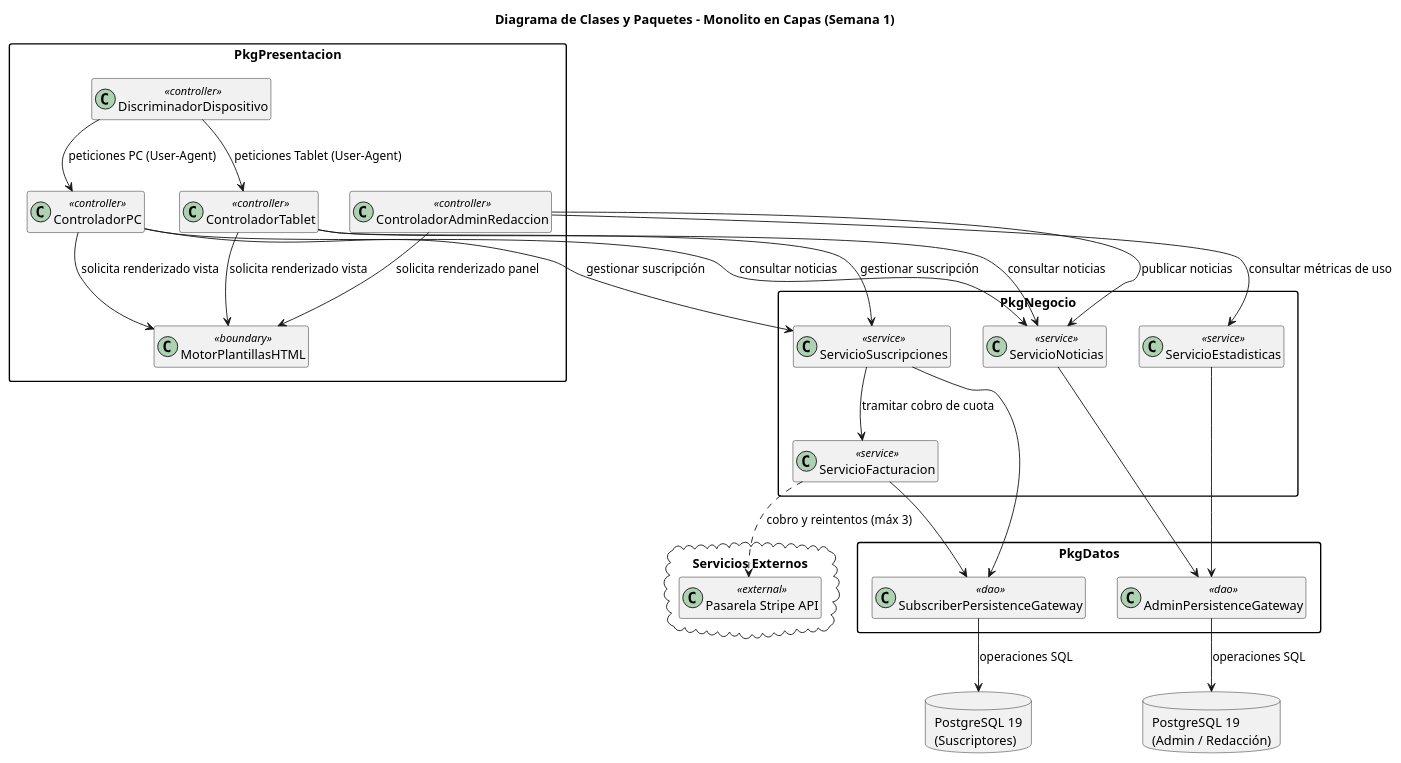
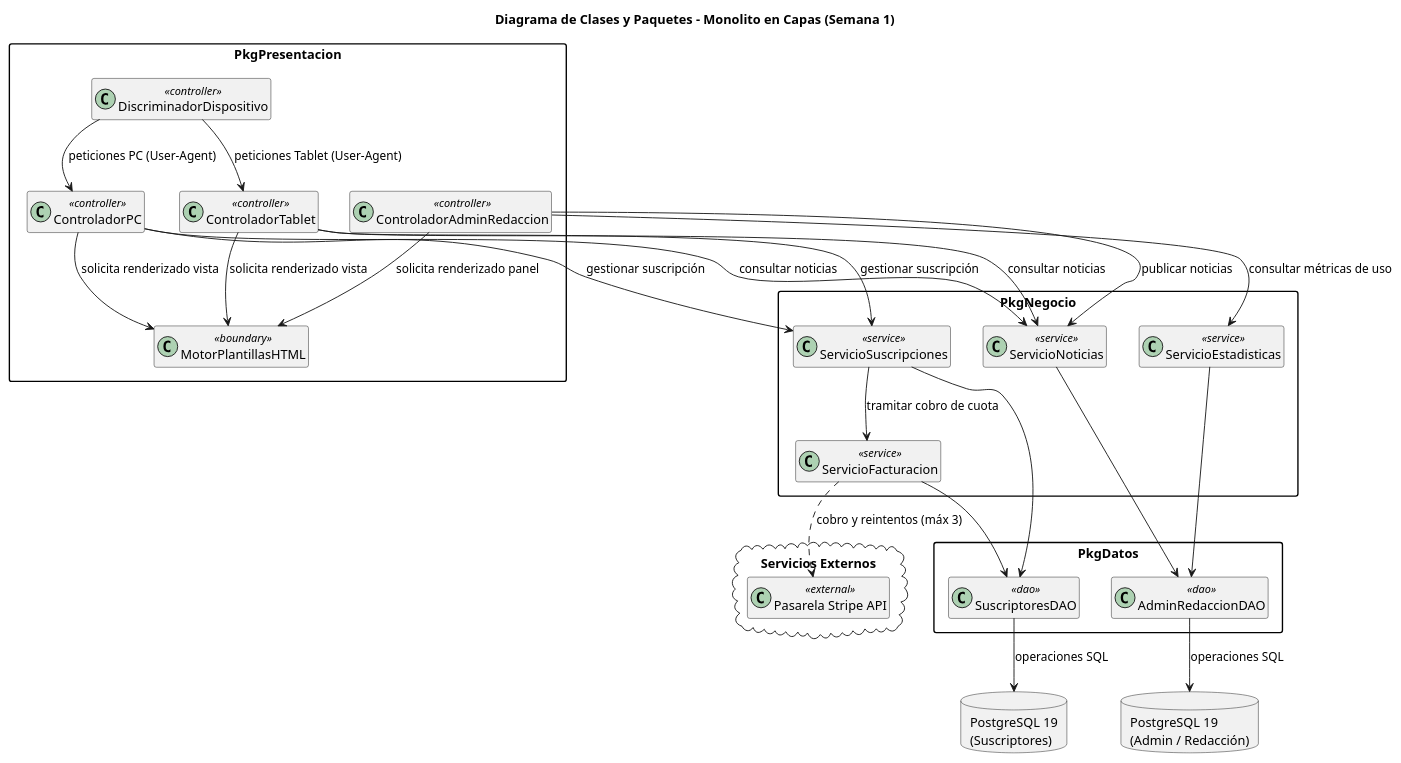
The diagram in Arquitecturas/0001-estilo-arquitectonico-monolito-semana1.puml (EnriqueAldama/DAS-Practica-1), drawn with PlantUML before and after one commit.

Commit message:
Actualizado nombre de los DAOs

```diff
--- a/Arquitecturas/0001-estilo-arquitectonico-monolito-semana1.puml
+++ b/Arquitecturas/0001-estilo-arquitectonico-monolito-semana1.puml
@@ -1,73 +1,73 @@
 @startuml 0001-estilo-arquitectonico-monolito-semana1
 
 allowmixing
 
 skinparam packageStyle rectangle
 skinparam shadowing false
 hide empty members
 
 title Diagrama de Clases y Paquetes - Monolito en Capas (Semana 1)
 
 package "PkgPresentacion" {
     class DiscriminadorDispositivo <<controller>>
     class ControladorPC <<controller>>
     class ControladorTablet <<controller>>
     class ControladorAdminRedaccion <<controller>>
     class MotorPlantillasHTML <<boundary>>
 }
 
 package "PkgNegocio" {
     class ServicioNoticias <<service>>
     class ServicioSuscripciones <<service>>
     class ServicioFacturacion <<service>>
     class ServicioEstadisticas <<service>>
 }
 
 package "PkgDatos" {
-    class AdminPersistenceGateway <<dao>>
-    class SubscriberPersistenceGateway <<dao>>
+    class AdminRedaccionDAO <<dao>>
+    class SuscriptoresDAO <<dao>>
 }
 
 database "PostgreSQL 19\n(Admin / Redacción)" as DB_Admin
 database "PostgreSQL 19\n(Suscriptores)" as DB_Subs
 
 cloud "Servicios Externos" {
     class "Pasarela Stripe API" as StripeAPI <<external>>
 }
 
 ' Flujo en Presentación
 DiscriminadorDispositivo --> ControladorPC : peticiones PC (User-Agent)
 DiscriminadorDispositivo --> ControladorTablet : peticiones Tablet (User-Agent)
 
 ControladorPC --> MotorPlantillasHTML : solicita renderizado vista
 ControladorTablet --> MotorPlantillasHTML : solicita renderizado vista
 ControladorAdminRedaccion --> MotorPlantillasHTML : solicita renderizado panel
 
 ' Presentación -> Negocio
 ControladorPC --> ServicioNoticias : consultar noticias
 ControladorPC --> ServicioSuscripciones : gestionar suscripción
 
 ControladorTablet --> ServicioNoticias : consultar noticias
 ControladorTablet --> ServicioSuscripciones : gestionar suscripción
 
 ControladorAdminRedaccion --> ServicioNoticias : publicar noticias
 ControladorAdminRedaccion --> ServicioEstadisticas : consultar métricas de uso
 
 ' Negocio interno
 ServicioSuscripciones --> ServicioFacturacion : tramitar cobro de cuota
 
 ' Negocio -> Datos
-ServicioNoticias --> AdminPersistenceGateway
-ServicioEstadisticas --> AdminPersistenceGateway
+ServicioNoticias --> AdminRedaccionDAO
+ServicioEstadisticas --> AdminRedaccionDAO
 
-ServicioSuscripciones --> SubscriberPersistenceGateway
-ServicioFacturacion --> SubscriberPersistenceGateway
+ServicioSuscripciones --> SuscriptoresDAO
+ServicioFacturacion --> SuscriptoresDAO
 
 ' Datos -> Bases de datos
-AdminPersistenceGateway --> DB_Admin : operaciones SQL
-SubscriberPersistenceGateway --> DB_Subs : operaciones SQL
+AdminRedaccionDAO --> DB_Admin : operaciones SQL
+SuscriptoresDAO --> DB_Subs : operaciones SQL
 
 ' Negocio -> Servicios Externos
 ServicioFacturacion ..> StripeAPI : cobro y reintentos (máx 3)
 
 @enduml
```
